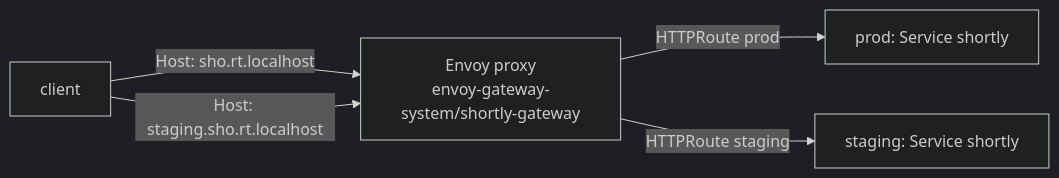
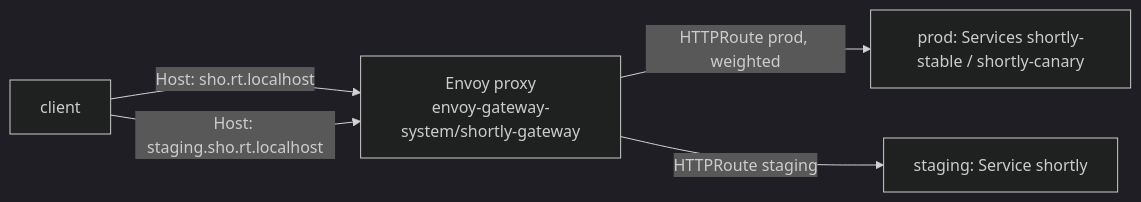
The seventh of 8 diagrams in docs/DESIGN.md (easypeasyops/links), drawn with Mermaid (dark theme) before and after one commit. The commit also changed other lines of this file and 21 other files, not shown here.

Commit message:
feat: prod canary releases (Argo Rollouts + Prometheus analysis) (#40)

````diff
--- a/docs/DESIGN.md
+++ b/docs/DESIGN.md
@@ -686,7 +688,7 @@
 ```mermaid
 flowchart LR
   U[client] -->|Host: sho.rt.localhost| E[Envoy proxy<br/>envoy-gateway-system/shortly-gateway]
   U -->|Host: staging.sho.rt.localhost| E
-  E -->|HTTPRoute prod| P[prod: Service shortly]
+  E -->|HTTPRoute prod, weighted| P[prod: Services shortly-stable / shortly-canary]
   E -->|HTTPRoute staging| S[staging: Service shortly]
 ```
````
